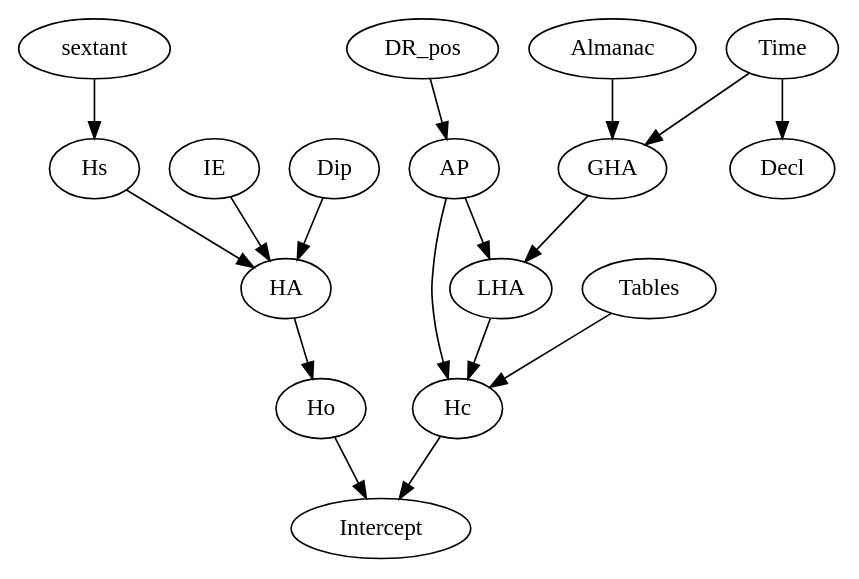
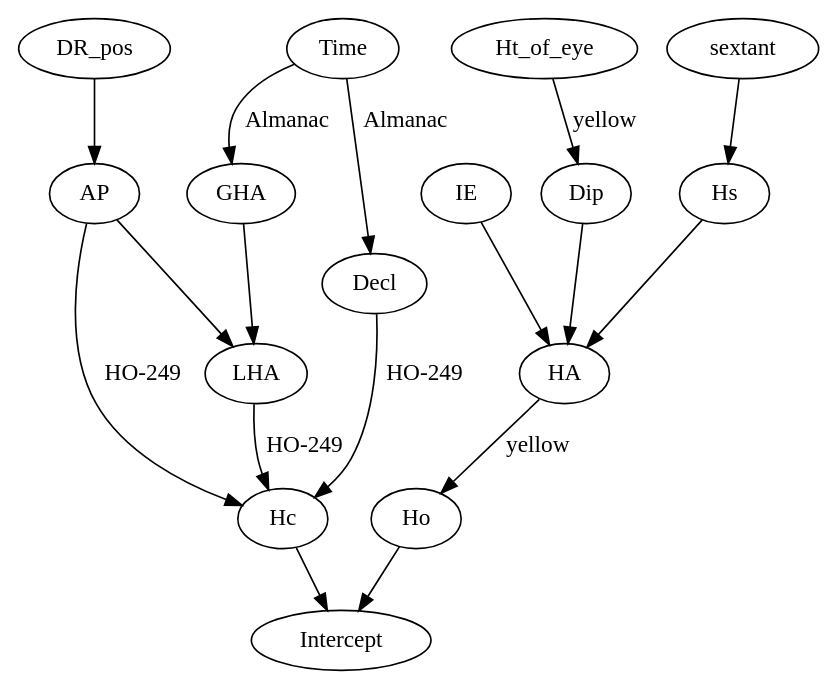
Before and after one commit to zimolzak/Sight-reduction-problems: the diagram in sight reduction.dot, drawn with Graphviz.

Commit message:
More labeling of arcs.

```diff
--- a/sight reduction.dot
+++ b/sight reduction.dot
@@ -1,25 +1,26 @@
 digraph {
+
 sextant -> Hs
 Hs -> HA
 IE -> HA
+Ht_of_eye -> Dip [label="yellow"]
 Dip -> HA
-HA -> Ho
+HA -> Ho [label="yellow"]
 
-Time -> GHA
-Almanac -> GHA
-Time -> Decl
+Time -> GHA [label="Almanac"]
+Time -> Decl [label="Almanac"]
 
 DR_pos -> AP
 AP -> LHA
 GHA -> LHA
 
-AP -> Hc
-Tables -> Hc
-LHA -> Hc
+AP -> Hc [label="HO-249"]
+LHA -> Hc [label="HO-249"]
+Decl -> Hc [label="HO-249"]
 
 Ho -> Intercept
 Hc -> Intercept
 
 
 
 }
```
